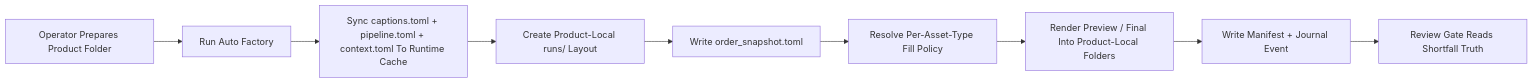
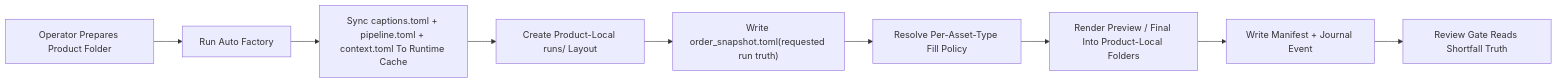
The first of 2 diagrams in doc/47_Product_Local_Run_Artifacts_And_Fill_Policy_Workflow_2026-06-14.md (idev006/MTClipFactory), drawn with Mermaid before and after one commit. The commit also changed other lines of this file and 14 other files, not shown here.

Commit message:
Harden auto factory snapshot truth and foreground balance

````diff
--- a/doc/47_Product_Local_Run_Artifacts_And_Fill_Policy_Workflow_2026-06-14.md
+++ b/doc/47_Product_Local_Run_Artifacts_And_Fill_Policy_Workflow_2026-06-14.md
@@ -223,11 +223,11 @@
 ```mermaid
 flowchart LR
     A["Operator Prepares Product Folder"] --> B["Run Auto Factory"]
     B --> C["Sync captions.toml + pipeline.toml + context.toml To Runtime Cache"]
     C --> D["Create Product-Local runs/<batch_code> Layout"]
-    D --> E["Write order_snapshot.toml"]
+    D --> E["Write order_snapshot.toml(requested run truth)"]
     E --> F["Resolve Per-Asset-Type Fill Policy"]
     F --> G["Render Preview / Final Into Product-Local Folders"]
     G --> H["Write Manifest + Journal Event"]
     H --> I["Review Gate Reads Shortfall Truth"]
 ```
````
